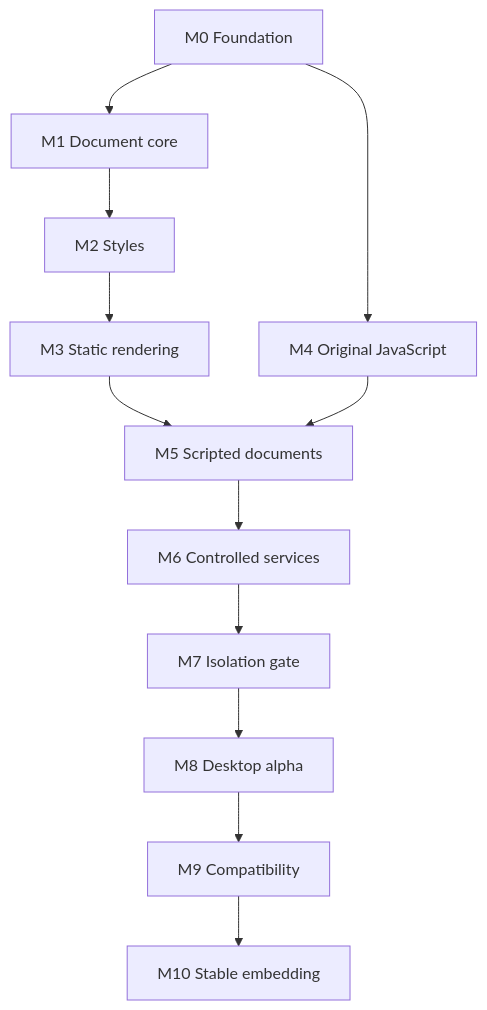
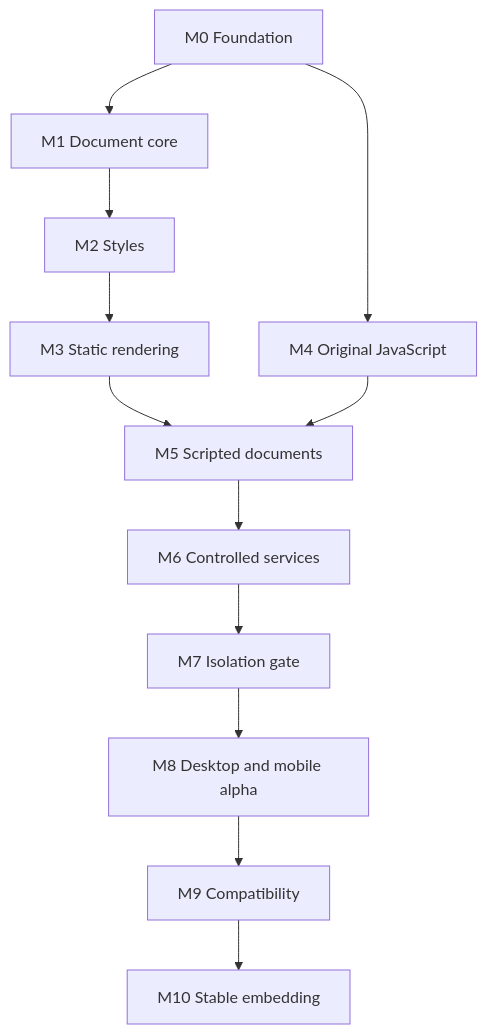
One commit to MoeJoe37/Rustic changed the diagram in docs/ROADMAP.md. Above: the diagram before and after it, drawn with Mermaid. The commit also changed other lines of this file and 13 other files, not shown here.

````diff
--- a/docs/ROADMAP.md
+++ b/docs/ROADMAP.md
@@ -37,14 +37,14 @@
 ```mermaid
 flowchart TD
     M0["M0 Foundation"] --> M1["M1 Document core"]
     M1 --> M2["M2 Styles"]
     M2 --> M3["M3 Static rendering"]
     M0 --> M4["M4 Original JavaScript"]
     M3 --> M5["M5 Scripted documents"]
     M4 --> M5
     M5 --> M6["M6 Controlled services"]
     M6 --> M7["M7 Isolation gate"]
-    M7 --> M8["M8 Desktop alpha"]
+    M7 --> M8["M8 Desktop and mobile alpha"]
     M8 --> M9["M9 Compatibility"]
     M9 --> M10["M10 Stable embedding"]
 ```
````
